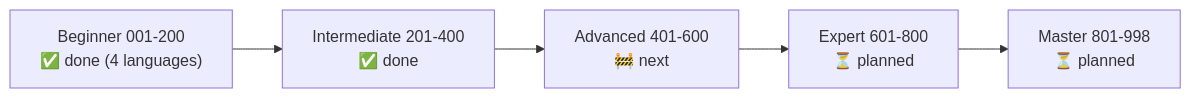
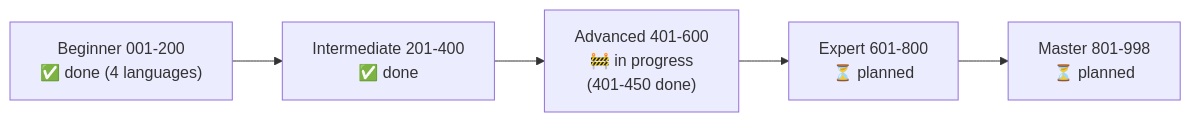
One commit to metodiev/Cracking-Coding changed the sixth of 6 diagrams in tutorials/README.md. Above: the diagram before and after it, drawn with Mermaid. The commit also changed other lines of this file and 252 other files, not shown here.

````diff
--- a/tutorials/README.md
+++ b/tutorials/README.md
@@ -157,7 +159,7 @@
 ```mermaid
 flowchart LR
     B1["Beginner 001-200<br/>✅ done (4 languages)"] --> I1["Intermediate 201-400<br/>✅ done"]
-    I1 --> A["Advanced 401-600<br/>🚧 next"]
+    I1 --> A["Advanced 401-600<br/>🚧 in progress<br/>(401-450 done)"]
     A --> E["Expert 601-800<br/>⏳ planned"]
     E --> M["Master 801-998<br/>⏳ planned"]
 ```
````
